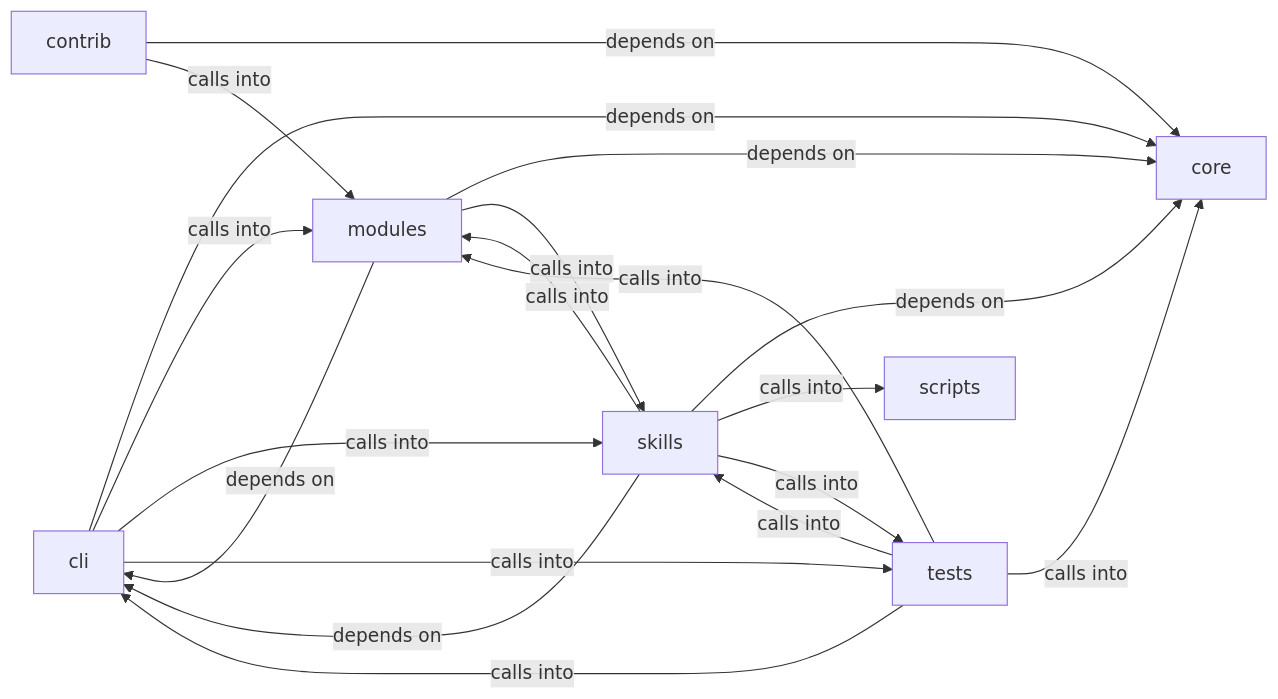
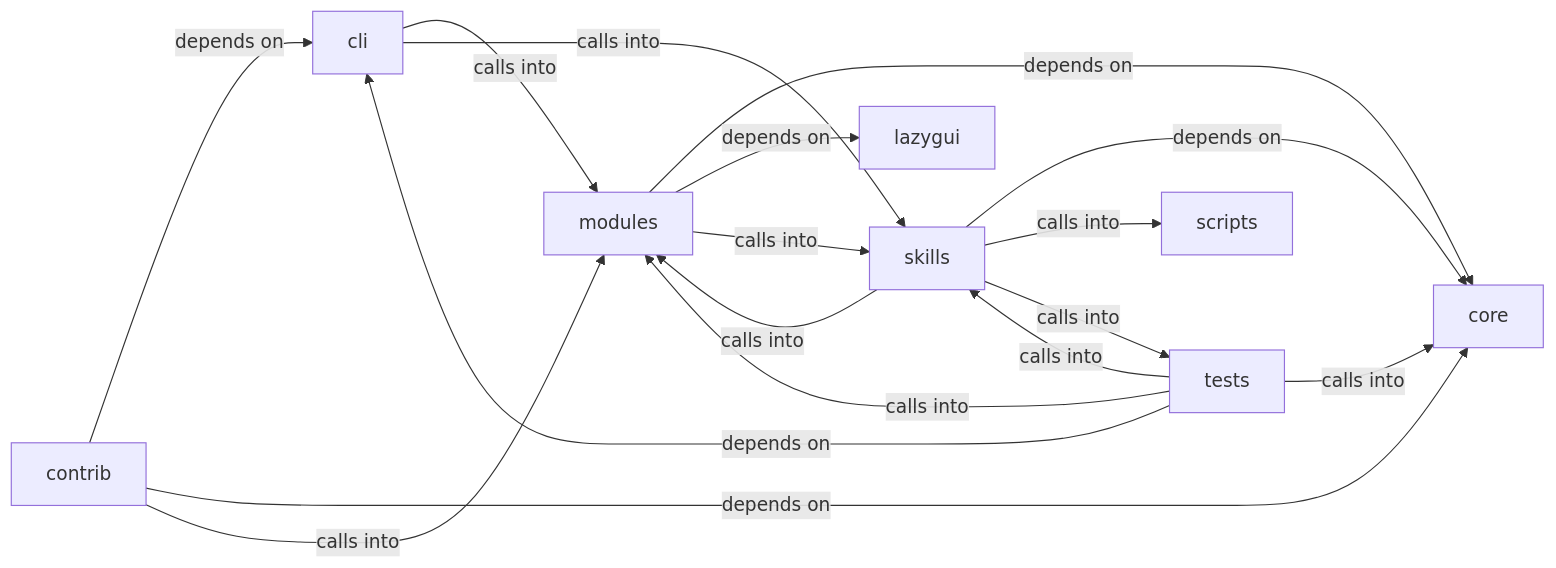
Before and after one commit to grisuno/LazyOwn: the diagram in readmenator-diagrams/modules_autonomous_daemon.md, drawn with Mermaid. The commit also changed other lines of this file and 301 other files, not shown here.

````diff
--- a/readmenator-diagrams/modules_autonomous_daemon.md
+++ b/readmenator-diagrams/modules_autonomous_daemon.md
@@ -5,28 +5,27 @@
 ```mermaid
 graph LR
     cli["cli"]
     contrib["contrib"]
     core["core"]
+    lazygui["lazygui"]
     modules["modules"]
     scripts["scripts"]
     skills["skills"]
     tests["tests"]
-    cli -- "depends on" --> core
     cli -- "calls into" --> modules
     cli -- "calls into" --> skills
-    cli -- "calls into" --> tests
+    contrib -- "depends on" --> cli
     contrib -- "depends on" --> core
     contrib -- "calls into" --> modules
-    modules -- "depends on" --> cli
     modules -- "depends on" --> core
+    modules -- "depends on" --> lazygui
     modules -- "calls into" --> skills
-    skills -- "depends on" --> cli
     skills -- "depends on" --> core
     skills -- "calls into" --> modules
     skills -- "calls into" --> scripts
     skills -- "calls into" --> tests
-    tests -- "calls into" --> cli
+    tests -- "depends on" --> cli
     tests -- "calls into" --> core
     tests -- "calls into" --> modules
     tests -- "calls into" --> skills
 ```
````
